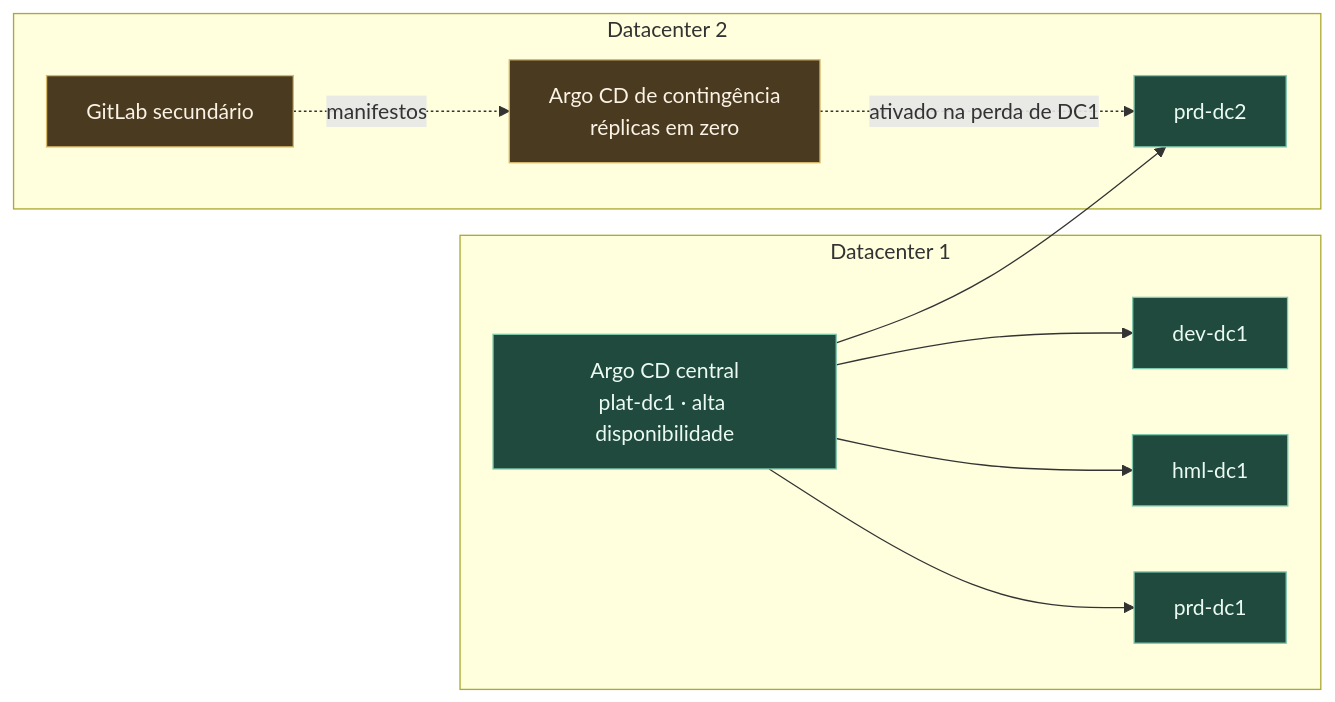
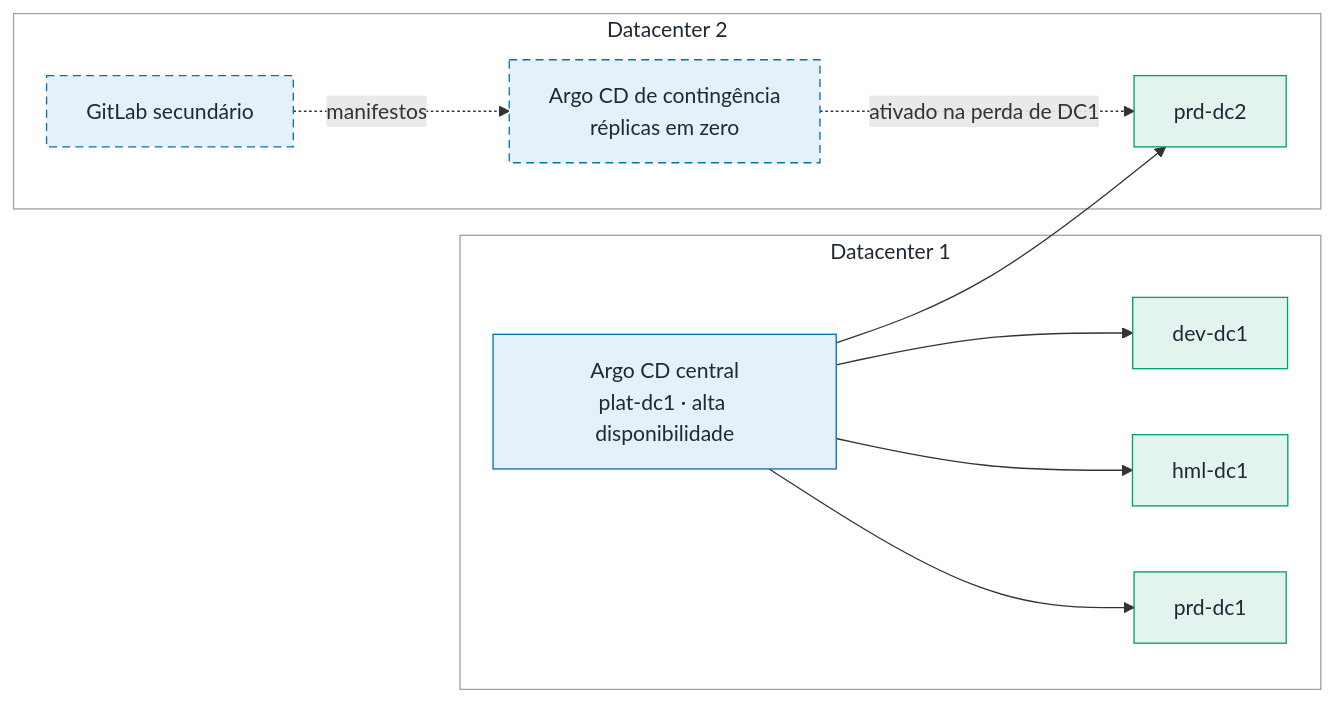
One commit to DiegoAmorimDev/plataforma-entrega-sefaz changed the third of 3 diagrams in docs/09-gitops-argocd.md. Above: the diagram before and after it, drawn with Mermaid. The commit also changed other lines of this file and 12 other files, not shown here.

````diff
--- a/docs/09-gitops-argocd.md
+++ b/docs/09-gitops-argocd.md
@@ -347,26 +359,30 @@
 ```mermaid
 flowchart LR
     subgraph DC1["Datacenter 1"]
         AC["Argo CD central<br/>plat-dc1 · alta disponibilidade"]
         DEV["dev-dc1"]
         HML["hml-dc1"]
         P1["prd-dc1"]
     end
     subgraph DC2["Datacenter 2"]
         P2["prd-dc2"]
         AR["Argo CD de contingência<br/>réplicas em zero"]
         GL2["GitLab secundário"]
     end
 
     AC --> DEV
     AC --> HML
     AC --> P1
     AC --> P2
     AR -.->|ativado na perda de DC1| P2
     GL2 -.->|manifestos| AR
 
-    classDef ativo fill:#1f4a3d,stroke:#7fc8ab,color:#eafaf3
-    classDef espera fill:#4a3a1f,stroke:#d8b86a,color:#faf3e6
-    class AC,DEV,HML,P1,P2 ativo
-    class AR,GL2 espera
+    classDef entrega fill:#E6F0FA,stroke:#0072B2,color:#1F2937
+    classDef execucao fill:#E3F4EE,stroke:#009E73,color:#1F2937
+    classDef entregaespera fill:#E6F0FA,stroke:#0072B2,color:#1F2937,stroke-dasharray:6 4
+    class AC entrega
+    class DEV,HML,P1,P2 execucao
+    class AR,GL2 entregaespera
+    style DC1 fill:#FFFFFF,stroke:#9CA3AF,color:#1F2937
+    style DC2 fill:#FFFFFF,stroke:#9CA3AF,color:#1F2937
 ```
````
